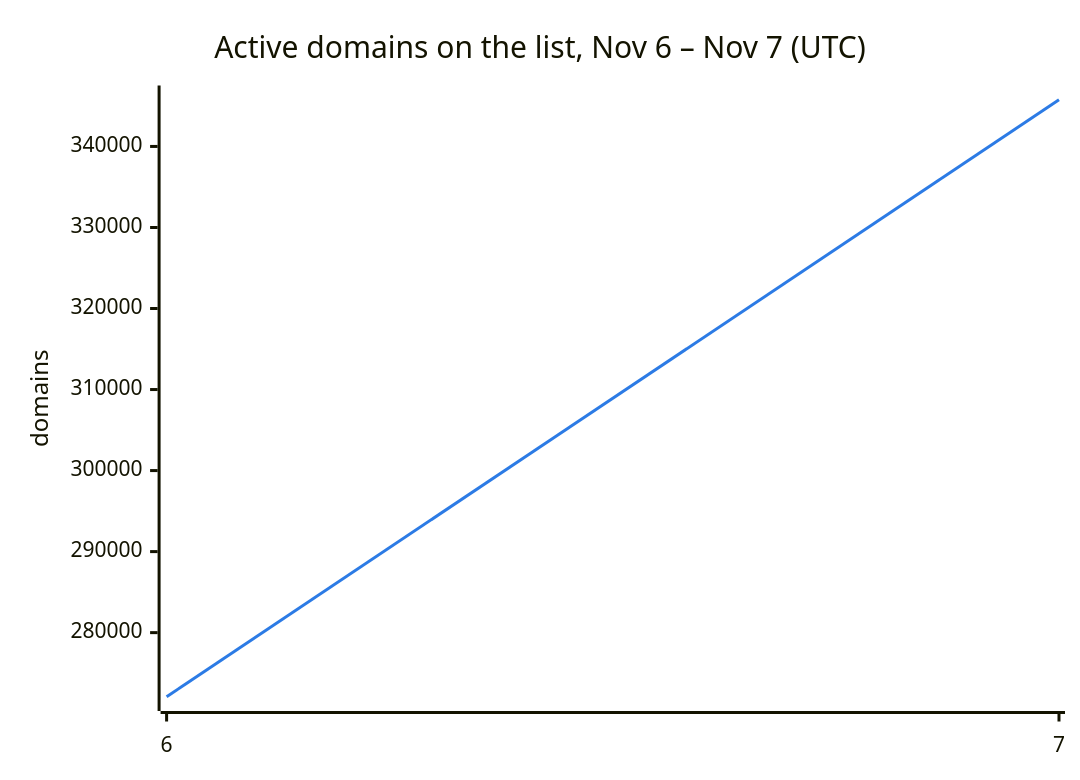
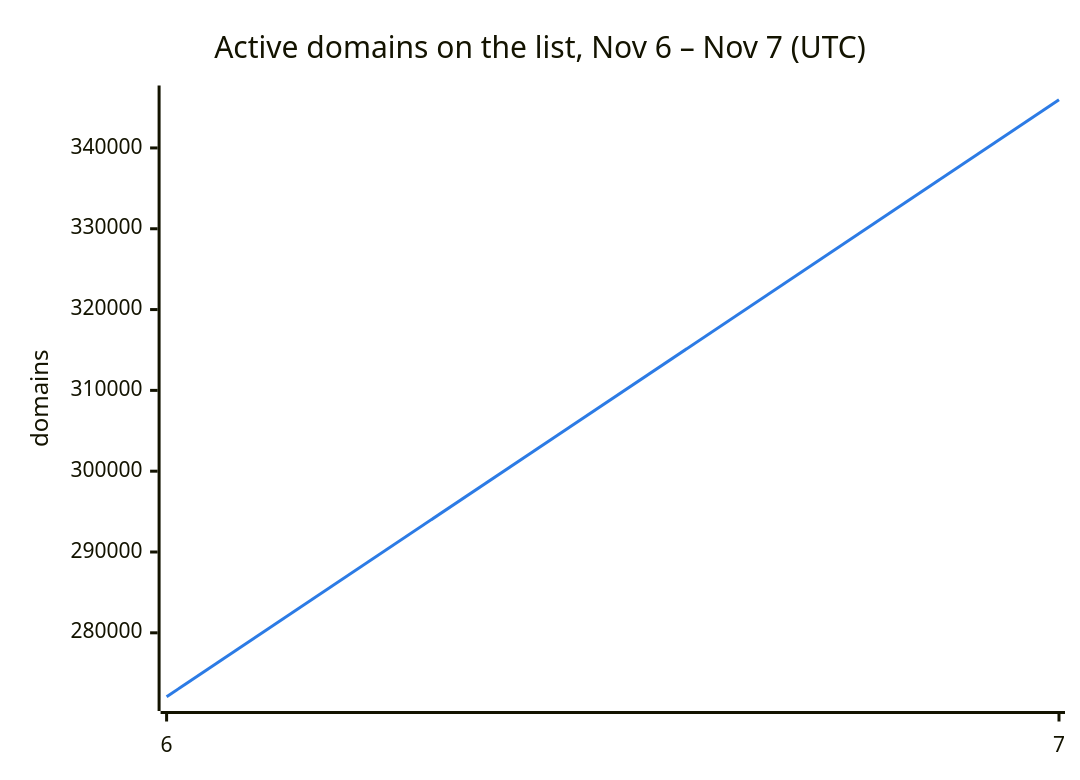
Before and after one commit to DNSBunker/CTI: the second of 3 diagrams in README.md, drawn with Mermaid. The commit also changed other lines of this file and 3 other files, not shown here.

````diff
--- a/README.md
+++ b/README.md
@@ -38,8 +38,8 @@
 ```mermaid
 %%{init: {"themeVariables": {"xyChart": {"plotColorPalette": "#2c7be5"}}}}%%
 xychart-beta
     title "Active domains on the list, Nov 6 – Nov 7 (UTC)"
     x-axis ["6", "7"]
     y-axis "domains"
-    line [272088, 345762]
+    line [272088, 345964]
 ```
````
